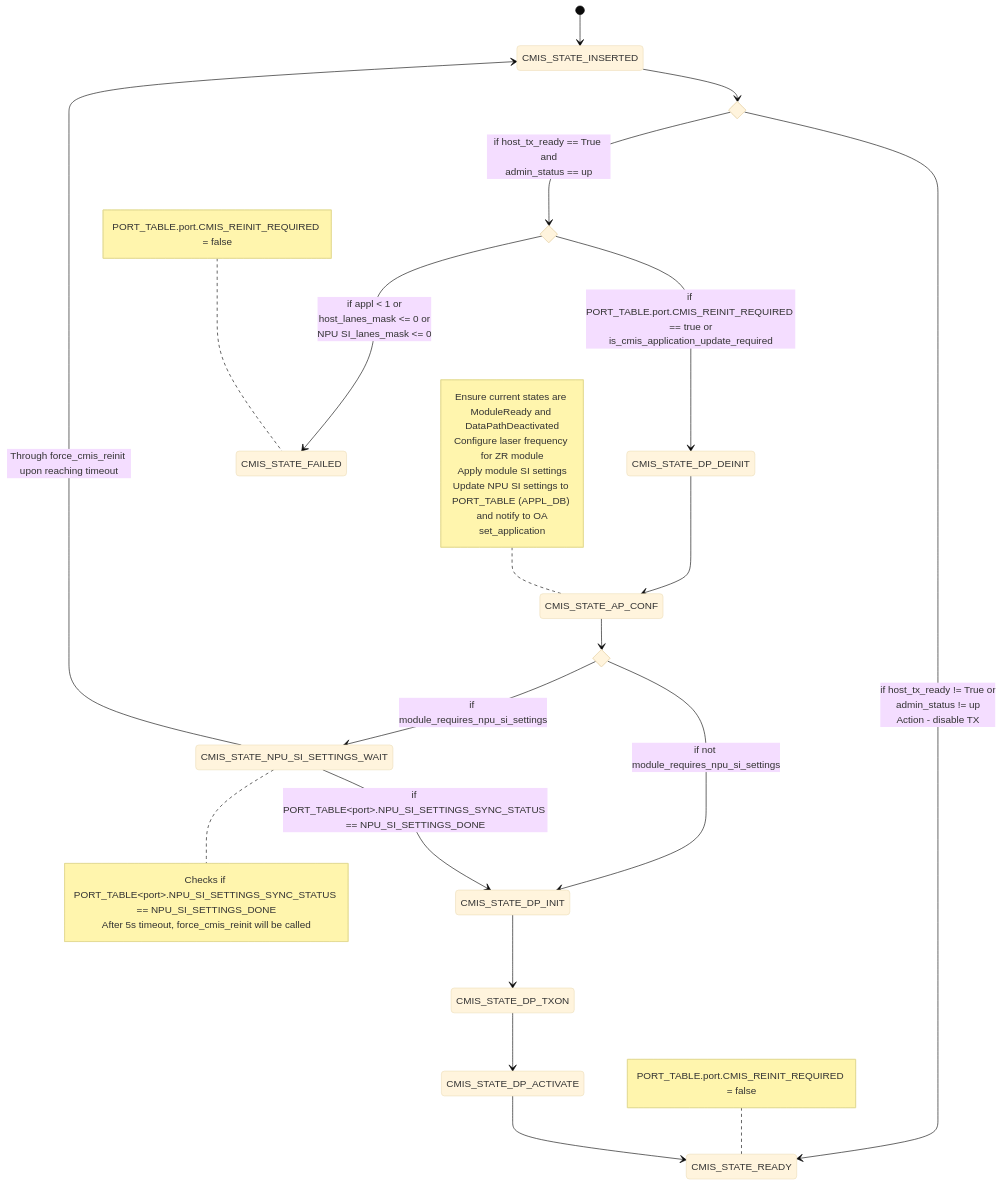
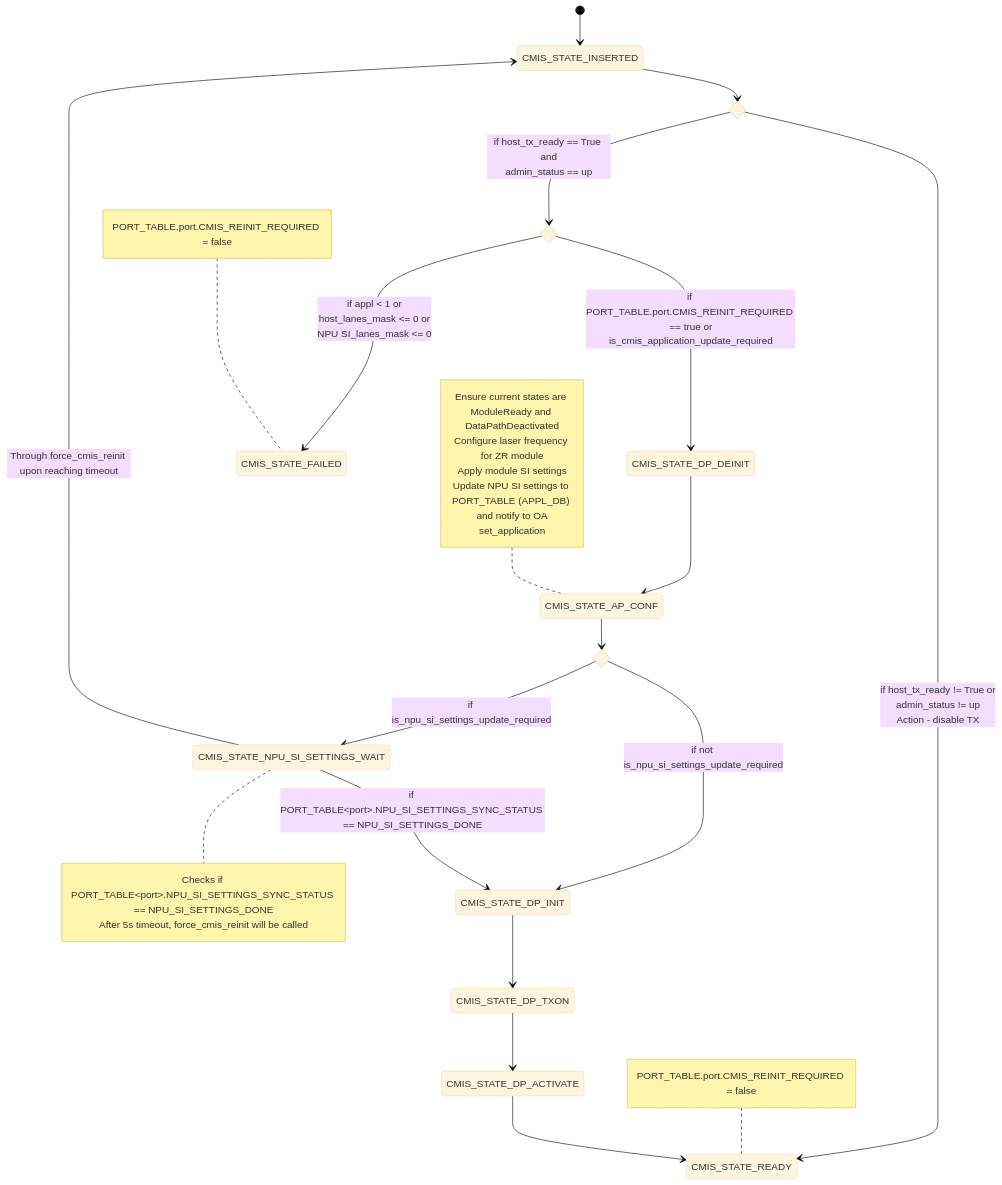
One commit to sonic-net/SONiC changed the third of 5 diagrams in doc/sfp-cmis/Interface-Link-bring-up-sequence.md. Above: the diagram before and after it, drawn with Mermaid (base theme). The commit also changed other lines of this file, not shown here.

Commit message:
Added description and functioning related to is_npu_si_settings_update_required

````diff
--- a/doc/sfp-cmis/Interface-Link-bring-up-sequence.md
+++ b/doc/sfp-cmis/Interface-Link-bring-up-sequence.md
@@ -326,30 +329,30 @@
 ```mermaid
 stateDiagram
     [*] --> CMIS_STATE_INSERTED
     state if_state <<choice>>
     state if_state2 <<choice>>
     state if_state3 <<choice>>
     CMIS_STATE_INSERTED --> if_state
     if_state --> CMIS_STATE_READY : if host_tx_ready != True or<br>admin_status != up<br> Action - disable TX
     if_state --> if_state2 : if host_tx_ready == True and<br>admin_status == up
     if_state2 --> CMIS_STATE_DP_DEINIT : if PORT_TABLE.port.CMIS_REINIT_REQUIRED == true or<br>is_cmis_application_update_required
     note left of CMIS_STATE_READY : PORT_TABLE.port.CMIS_REINIT_REQUIRED = false
     if_state2 --> CMIS_STATE_FAILED : if appl < 1 or <br>host_lanes_mask <= 0 or <br>NPU SI_lanes_mask <= 0
     note left of CMIS_STATE_FAILED : PORT_TABLE.port.CMIS_REINIT_REQUIRED = false
 
     CMIS_STATE_DP_DEINIT --> CMIS_STATE_AP_CONF
 
     note left of CMIS_STATE_AP_CONF : Ensure current states are ModuleReady and DataPathDeactivated<br>Configure laser frequency for ZR module<br>Apply module SI settings<br>Update NPU SI settings to PORT_TABLE (APPL_DB) and notify to OA<br>set_application
     CMIS_STATE_AP_CONF --> if_state3
-    if_state3 --> CMIS_STATE_NPU_SI_SETTINGS_WAIT : if module_requires_npu_si_settings
-    if_state3 --> CMIS_STATE_DP_INIT : if not module_requires_npu_si_settings
+    if_state3 --> CMIS_STATE_NPU_SI_SETTINGS_WAIT : if is_npu_si_settings_update_required
+    if_state3 --> CMIS_STATE_DP_INIT : if not is_npu_si_settings_update_required
     CMIS_STATE_NPU_SI_SETTINGS_WAIT --> CMIS_STATE_DP_INIT : if PORT_TABLE&ltport&gt.NPU_SI_SETTINGS_SYNC_STATUS == NPU_SI_SETTINGS_DONE
     CMIS_STATE_NPU_SI_SETTINGS_WAIT --> CMIS_STATE_INSERTED : Through force_cmis_reinit upon reaching timeout
     note right of CMIS_STATE_NPU_SI_SETTINGS_WAIT
         Checks if PORT_TABLE&ltport&gt.NPU_SI_SETTINGS_SYNC_STATUS == NPU_SI_SETTINGS_DONE
         After 5s timeout, force_cmis_reinit will be called
     end note
     CMIS_STATE_DP_INIT --> CMIS_STATE_DP_TXON
     CMIS_STATE_DP_TXON --> CMIS_STATE_DP_ACTIVATE
     CMIS_STATE_DP_ACTIVATE --> CMIS_STATE_READY
 ```
````
